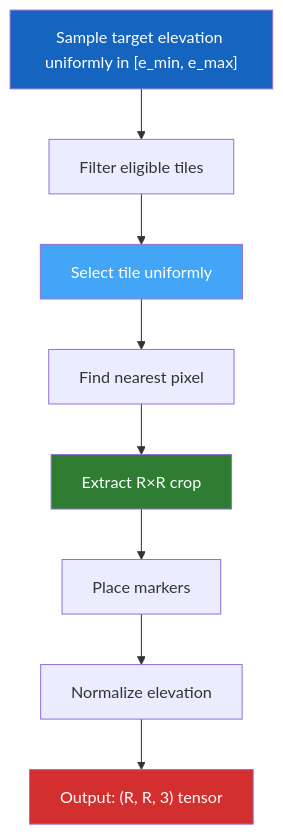
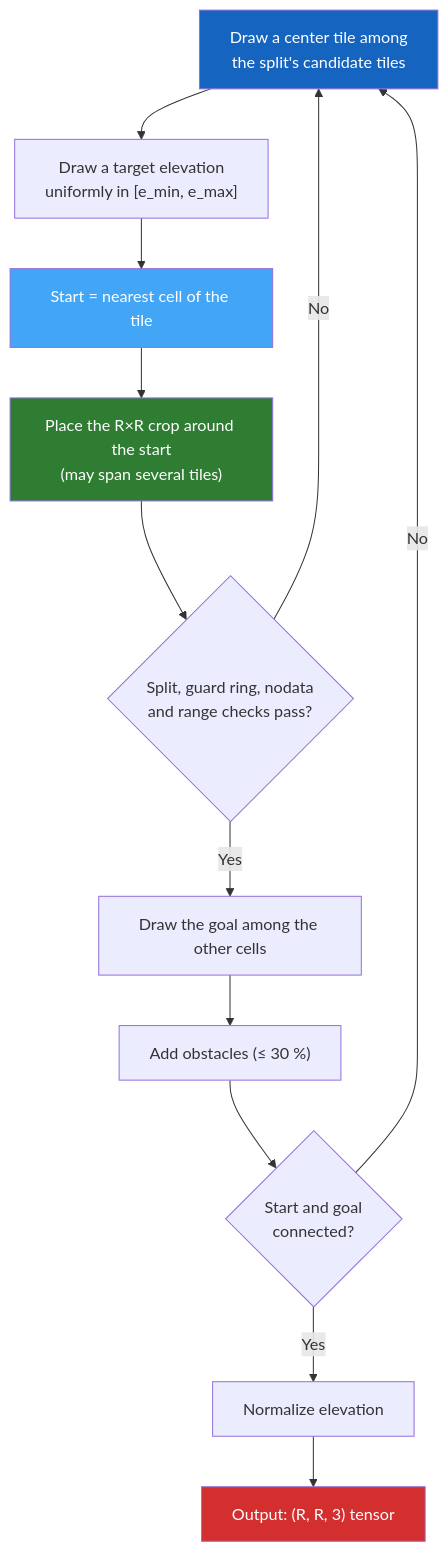
The second of 2 diagrams in docs/generation/sampling.md (ThalesGroup/passage), drawn with Mermaid before and after one commit. The commit also changed other lines of this file and 597 other files, not shown here.

````diff
--- a/docs/generation/sampling.md
+++ b/docs/generation/sampling.md
@@ -139,15 +148,19 @@
 ```mermaid
 flowchart TD
-    E["Sample target elevation uniformly in [e_min, e_max]"] --> F[Filter eligible tiles]
-    F --> G[Select tile uniformly]
-    G --> H[Find nearest pixel]
-    H --> I[Extract R×R crop]
-    I --> J[Place markers]
-    J --> K[Normalize elevation]
-    K --> L["Output: (R, R, 3) tensor"]
+    A["Draw a center tile among<br>the split's candidate tiles"] --> B["Draw a target elevation<br>uniformly in [e_min, e_max]"]
+    B --> C[Start = nearest cell of the tile]
+    C --> D["Place the R×R crop around the start<br>(may span several tiles)"]
+    D --> E{"Split, guard ring, nodata<br>and range checks pass?"}
+    E -->|No| A
+    E -->|Yes| F[Draw the goal among the other cells]
+    F --> G["Add obstacles (≤ 30 %)"]
+    G --> K{"Start and goal<br>connected?"}
+    K -->|No| A
+    K -->|Yes| H[Normalize elevation]
+    H --> L["Output: (R, R, 3) tensor"]
 
-    style E fill:#1565C0,color:#fff
-    style G fill:#42A5F5,color:#fff
-    style I fill:#2E7D32,color:#fff
+    style A fill:#1565C0,color:#fff
+    style C fill:#42A5F5,color:#fff
+    style D fill:#2E7D32,color:#fff
     style L fill:#D32F2F,color:#fff
 ```
````
